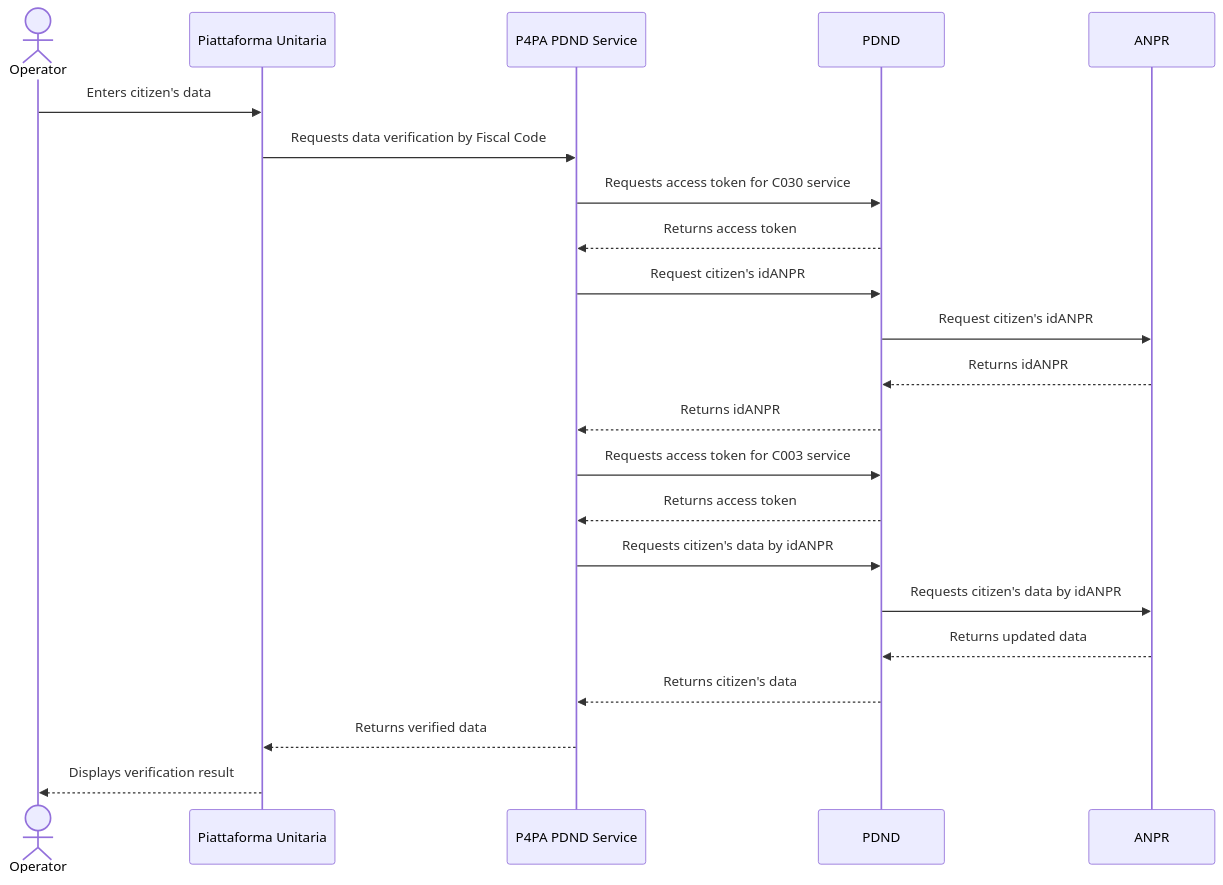
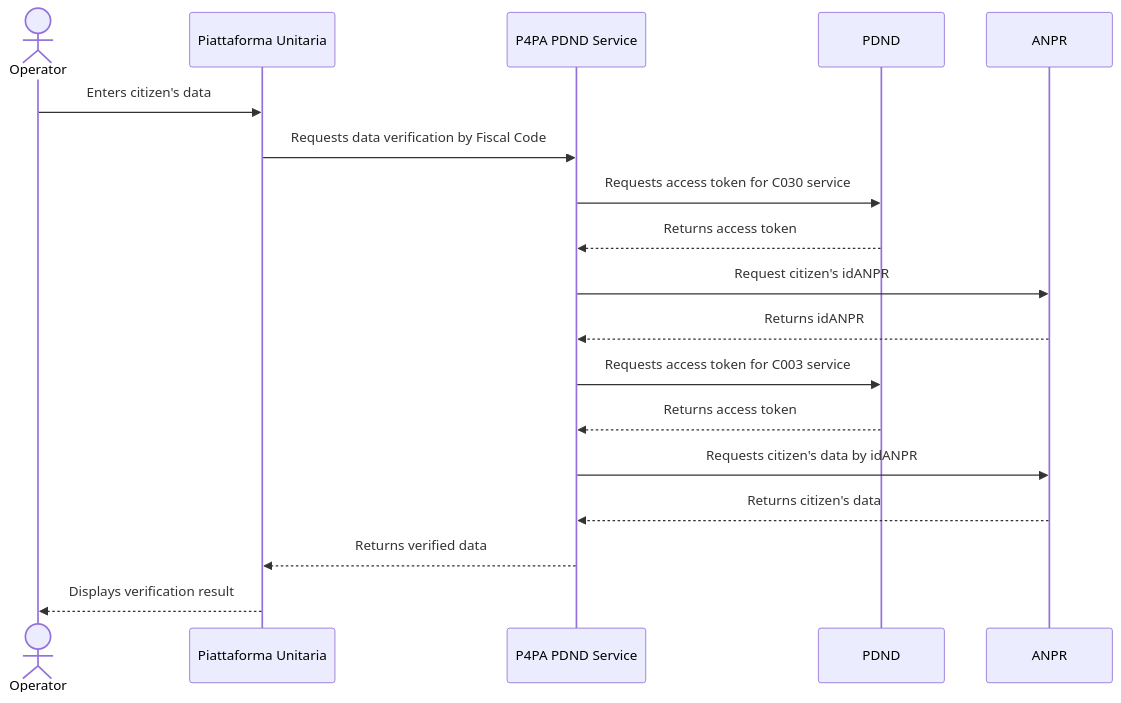
One commit to pagopa/p4pa-doc changed the diagram in design/pdnd/request citizens data.mmd. Above: the diagram before and after it, drawn with Mermaid.

Commit message:
P4ADEV-1444 add mmd

```diff
--- a/design/pdnd/request citizens data.mmd
+++ b/design/pdnd/request citizens data.mmd
@@ -1,23 +1,19 @@
 sequenceDiagram
     actor Operator as Operator
     participant PU as Piattaforma Unitaria
     participant PDNDService as P4PA PDND Service
     participant PDND as PDND
     participant ANPR as ANPR
 
     Operator->>PU: Enters citizen's data
     PU->>PDNDService: Requests data verification by Fiscal Code
     PDNDService->>PDND: Requests access token for C030 service
     PDND-->>PDNDService: Returns access token
-    PDNDService->>PDND: Request citizen's idANPR
-    PDND->>ANPR: Request citizen's idANPR
-    ANPR-->>PDND: Returns idANPR
-    PDND-->>PDNDService: Returns idANPR
+    PDNDService->>ANPR: Request citizen's idANPR
+    ANPR-->>PDNDService: Returns idANPR
     PDNDService->>PDND: Requests access token for C003 service
     PDND-->>PDNDService: Returns access token
-    PDNDService->>PDND: Requests citizen's data by idANPR
-    PDND->>ANPR: Requests citizen's data by idANPR
-    ANPR-->>PDND: Returns updated data
-    PDND-->>PDNDService: Returns citizen's data
+    PDNDService->>ANPR: Requests citizen's data by idANPR
+    ANPR-->>PDNDService: Returns citizen's data
     PDNDService-->>PU: Returns verified data
     PU-->>Operator: Displays verification result
```
